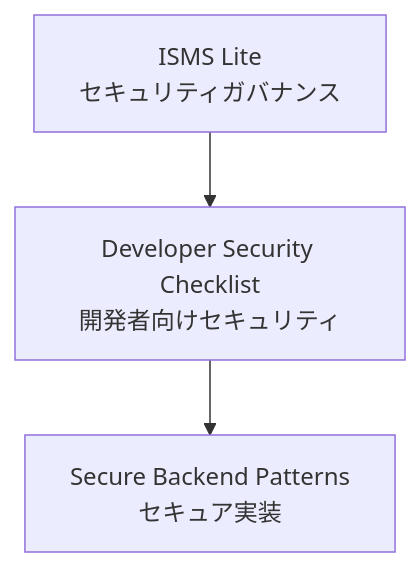
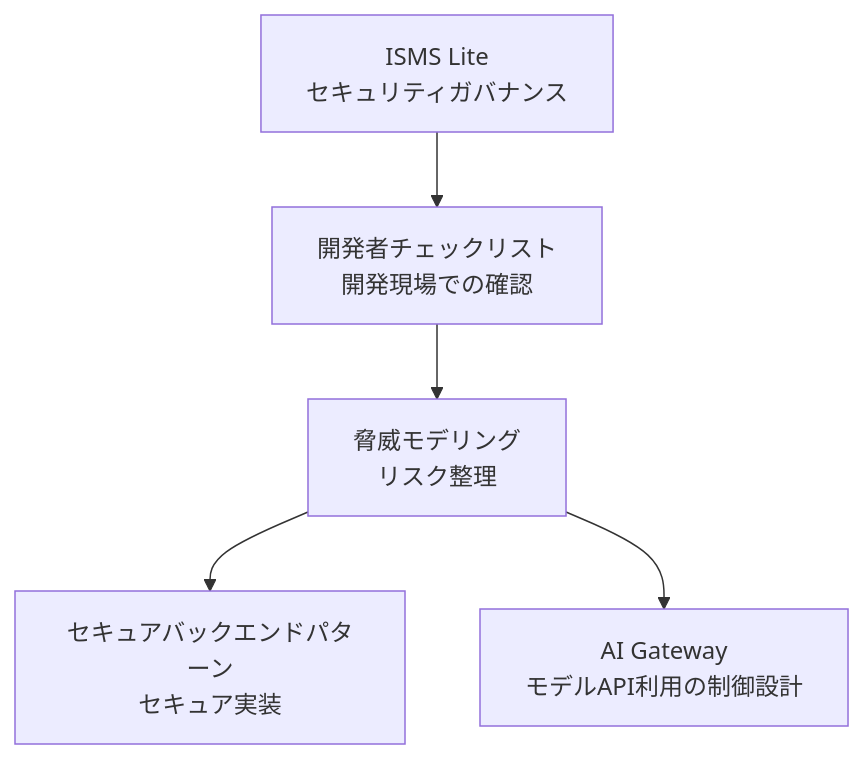
Before and after one commit to st-hisatoshi-2973/startup-security-kit: the diagram in README.ja.md, drawn with Mermaid. The commit also changed other lines of this file and 1 other file, not shown here.

````diff
--- a/README.ja.md
+++ b/README.ja.md
@@ -17,9 +18,13 @@
 ```mermaid
 flowchart TD
 A[ISMS Lite<br>セキュリティガバナンス]
-B[Developer Security Checklist<br>開発者向けセキュリティ]
-C[Secure Backend Patterns<br>セキュア実装]
+B[開発者チェックリスト<br>開発現場での確認]
+C[脅威モデリング<br>リスク整理]
+D[セキュアバックエンドパターン<br>セキュア実装]
+E[AI Gateway<br>モデルAPI利用の制御設計]
 
 A --> B
 B --> C
+C --> D
+C --> E
 ```
````
